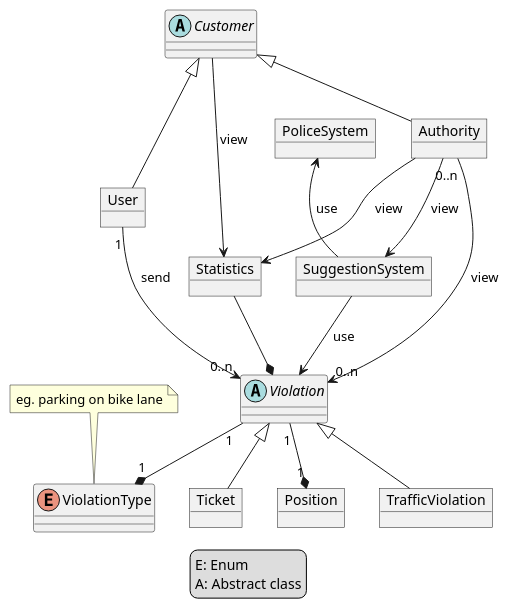
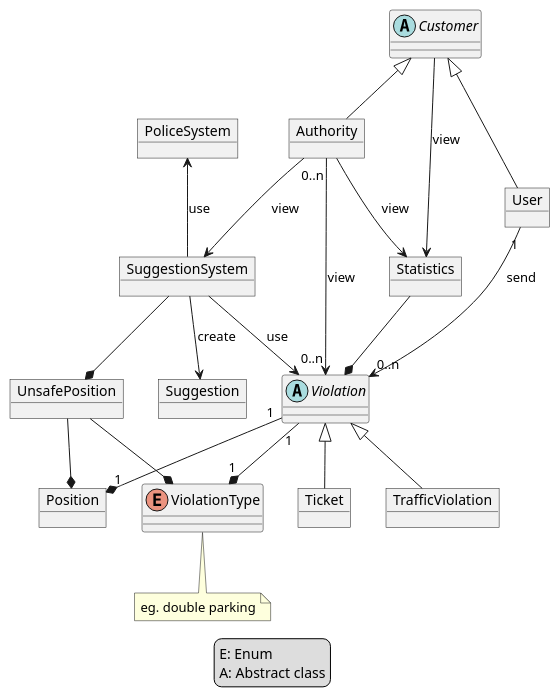
The diagram in RASD/materials/uml/classDiagram.wsd (GiorgioUghini/SafeStreets), drawn with PlantUML before and after one commit. The commit also changed 1 other file, not shown here.

Commit message:
Update class diagram

```diff
--- a/RASD/materials/uml/classDiagram.wsd
+++ b/RASD/materials/uml/classDiagram.wsd
@@ -1,39 +1,45 @@
 @startuml Class Diagram
 
 legend
     E: Enum
     A: Abstract class
 end legend
 
 skinparam packageStyle rect
 
 abstract Customer
 object User
 object Authority
 abstract Violation
 enum ViolationType
 object TrafficViolation
 object Ticket
 object Position
 object Statistics
 object SuggestionSystem
+object Suggestion
+object UnsafePosition
 object PoliceSystem
 
-note top of ViolationType : eg. parking on bike lane
+note bottom of ViolationType : eg. double parking
 
 Customer <|-- User
 Customer <|-- Authority
 Customer --> Statistics : view
 Statistics --* Violation
 Authority --> Statistics : view
 User "1" --> "0..n" Violation : send
 Authority "0..n" --> "0..n" Violation : view
 Authority --> SuggestionSystem : view
 SuggestionSystem --> Violation : "use"
+SuggestionSystem --> Suggestion : "create"
+SuggestionSystem --* UnsafePosition
+UnsafePosition --* Position 
+UnsafePosition --* ViolationType
 PoliceSystem <-- SuggestionSystem : "use"
 Violation <|-- TrafficViolation
 Violation <|-- Ticket
 Violation "1" --* "1" ViolationType
 Violation "1" --* "1" Position
 
 @enduml
```
